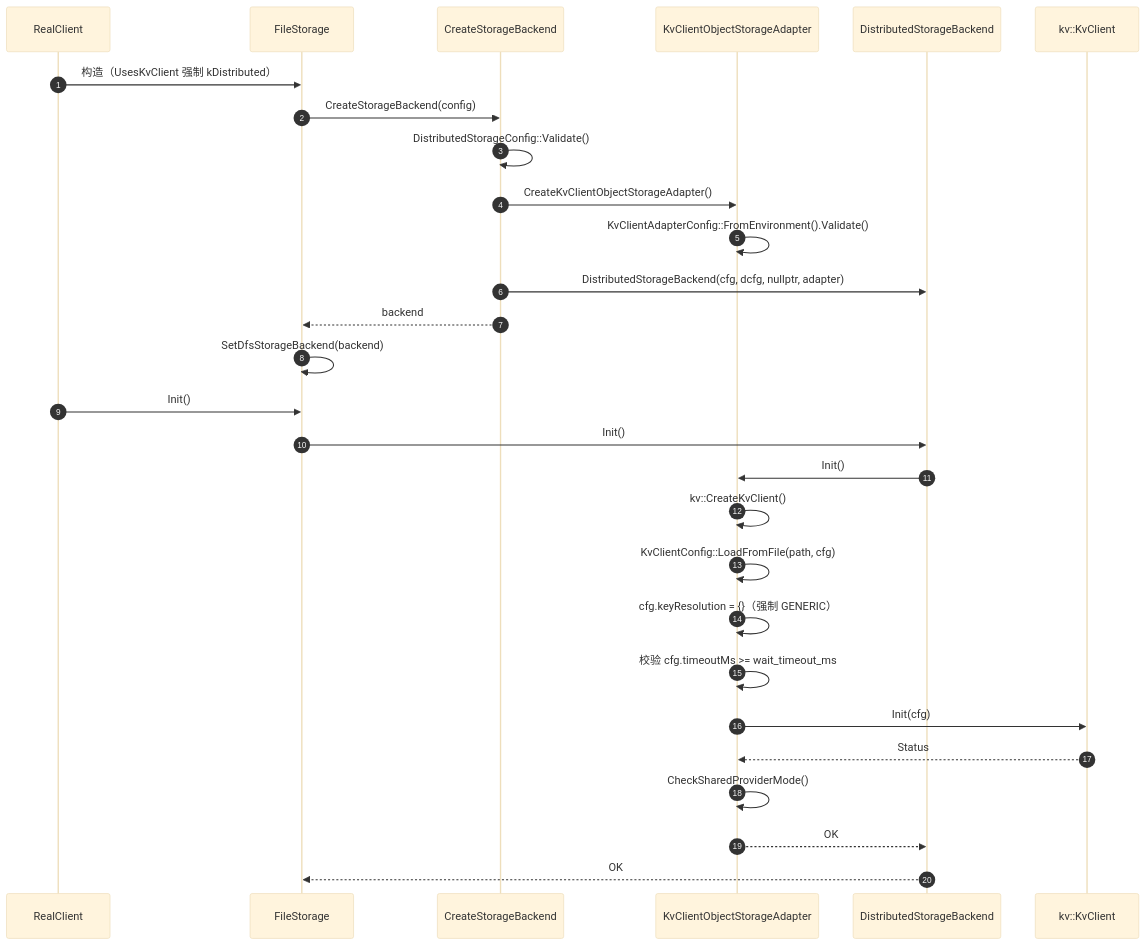
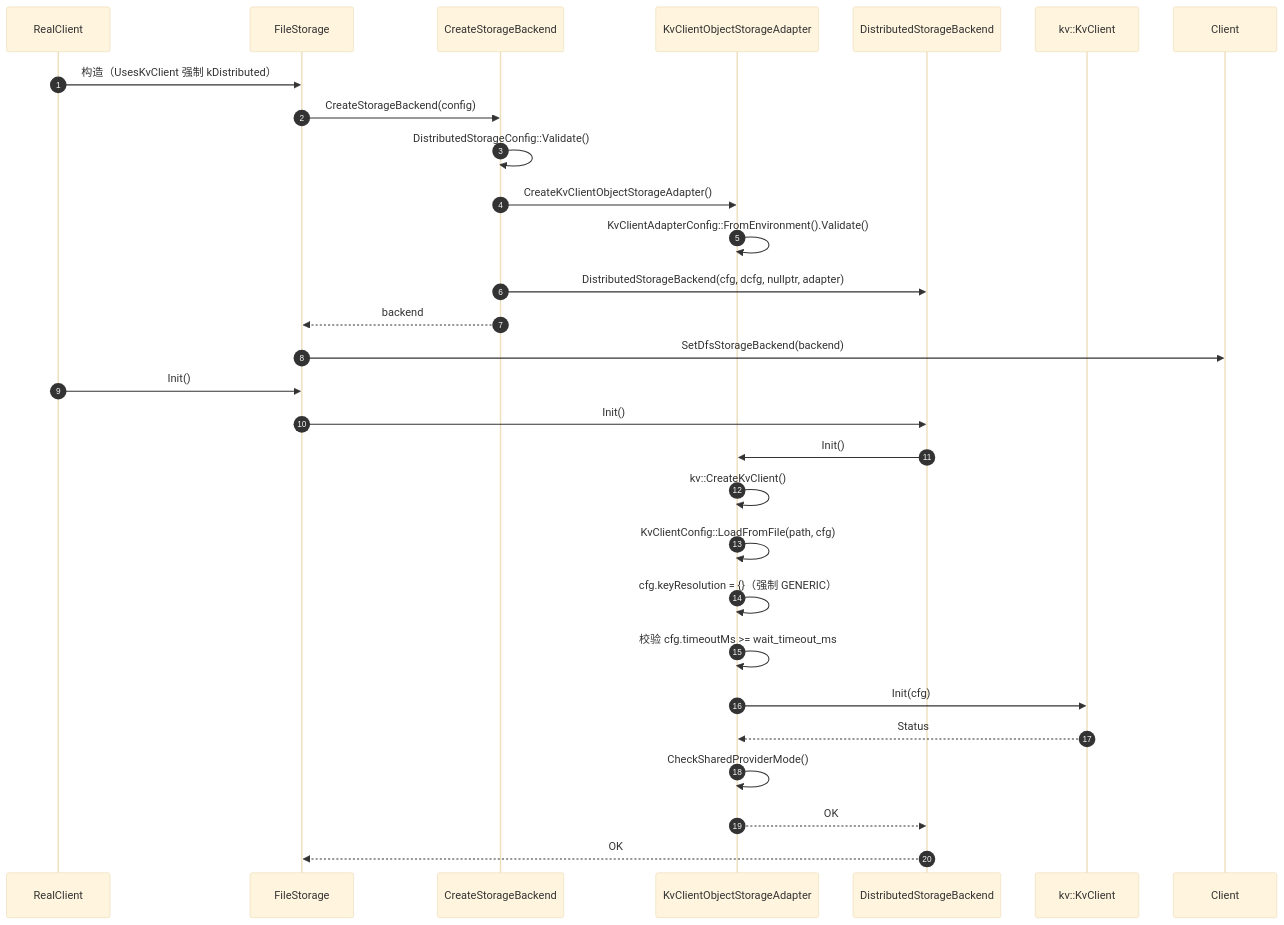
One commit to zwj20000328-dotcom/Mooncake-documents changed the third of 9 diagrams in Mooncake + KVClient L3 接入（Kvcs）- PR 实施设计.md. Above: the diagram before and after it, drawn with Mermaid (base theme). The commit also changed other lines of this file, not shown here.

````diff
--- a/Mooncake + KVClient L3 接入（Kvcs）- PR 实施设计.md
+++ b/Mooncake + KVClient L3 接入（Kvcs）- PR 实施设计.md
@@ -117,31 +124,32 @@
 ```mermaid
 sequenceDiagram
     autonumber
     participant RC as RealClient
     participant FS as FileStorage
     participant F as CreateStorageBackend
     participant AD as KvClientObjectStorageAdapter
     participant BE as DistributedStorageBackend
     participant SDK as kv::KvClient
+    participant C as Client
 
     RC->>FS: 构造（UsesKvClient 强制 kDistributed）
     FS->>F: CreateStorageBackend(config)
     F->>F: DistributedStorageConfig::Validate()
     F->>AD: CreateKvClientObjectStorageAdapter()
     AD->>AD: KvClientAdapterConfig::FromEnvironment().Validate()
     F->>BE: DistributedStorageBackend(cfg, dcfg, nullptr, adapter)
     F-->>FS: backend
-    FS->>FS: SetDfsStorageBackend(backend)
+    FS->>C: SetDfsStorageBackend(backend)
     RC->>FS: Init()
     FS->>BE: Init()
     BE->>AD: Init()
     AD->>AD: kv::CreateKvClient()
     AD->>AD: KvClientConfig::LoadFromFile(path, cfg)
     AD->>AD: cfg.keyResolution = {}（强制 GENERIC）
     AD->>AD: 校验 cfg.timeoutMs >= wait_timeout_ms
     AD->>SDK: Init(cfg)
     SDK-->>AD: Status
     AD->>AD: CheckSharedProviderMode()
     AD-->>BE: OK
     BE-->>FS: OK
 ```
````
